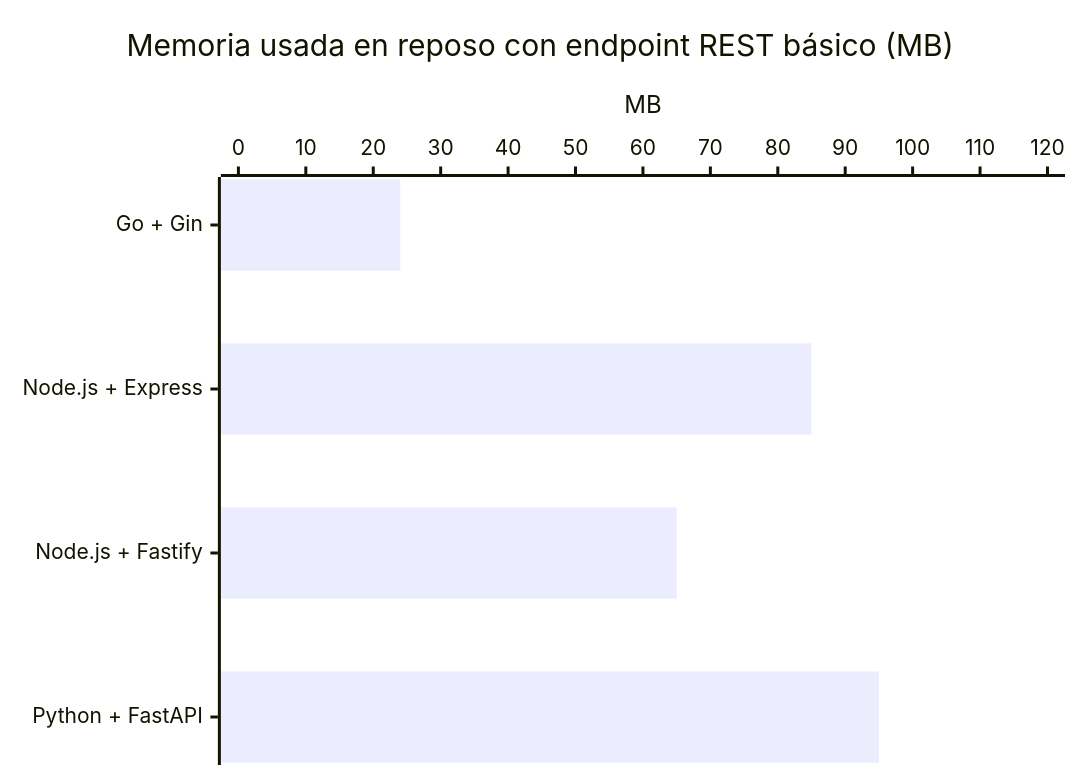
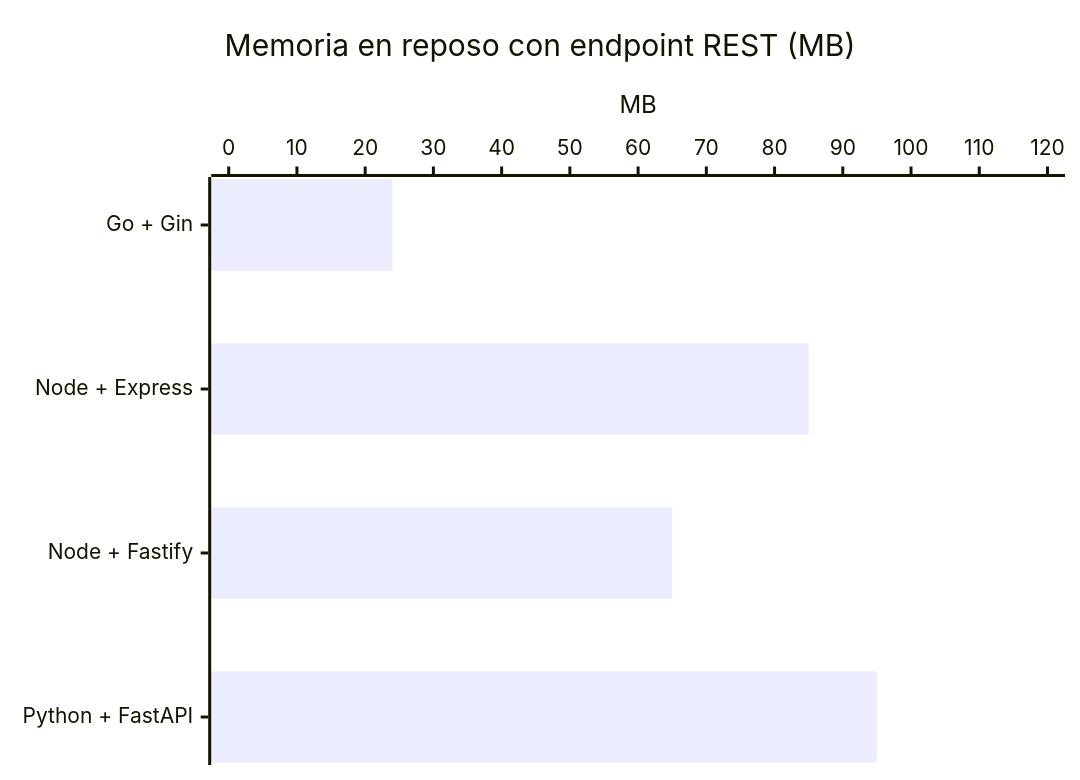
The fourth of 19 diagrams in README.md (gmeono94/nua-salud-panel), drawn with Mermaid before and after one commit. The commit also changed other lines of this file, not shown here.

First line of the commit message:
fix: shorten Mermaid labels, fix 5→8 metrics text, rework team scaling

````diff
--- a/README.md
+++ b/README.md
@@ -348,7 +348,7 @@
 ```mermaid
 xychart-beta horizontal
-    title "Memoria usada en reposo con endpoint REST básico (MB)"
-    x-axis ["Go + Gin", "Node.js + Express", "Node.js + Fastify", "Python + FastAPI"]
+    title "Memoria en reposo con endpoint REST (MB)"
+    x-axis ["Go + Gin", "Node + Express", "Node + Fastify", "Python + FastAPI"]
     y-axis "MB" 0 --> 120
     bar [24, 85, 65, 95]
 ```
````
